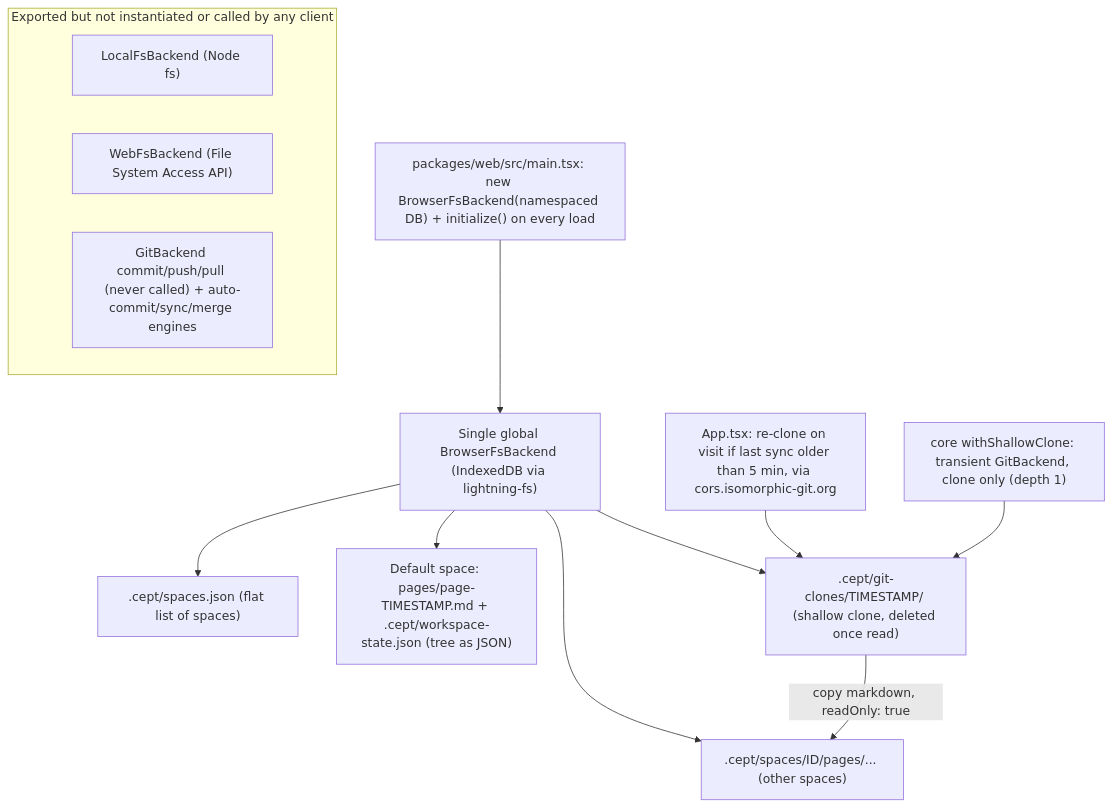
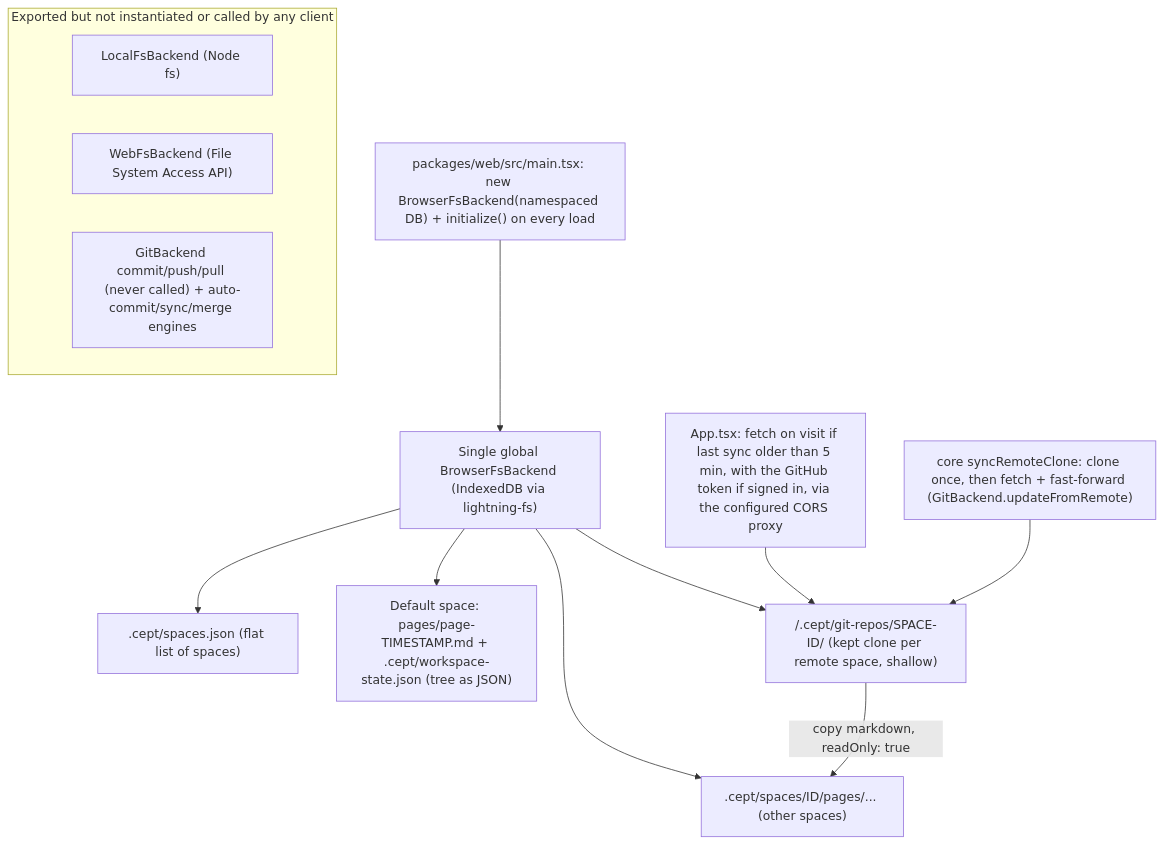
The third of 3 diagrams in docs/specs/requirements/03-spaces-and-storage.md (nsheaps/cept), drawn with Mermaid before and after one commit. The commit also changed other lines of this file and 16 other files, not shown here.

First line of the commit message:
feat(storage): authenticated incremental clone and fetch (#396)

````diff
--- a/docs/specs/requirements/03-spaces-and-storage.md
+++ b/docs/specs/requirements/03-spaces-and-storage.md
@@ -134,18 +134,18 @@
 ```mermaid
 flowchart TB
     MAIN["packages/web/src/main.tsx: new BrowserFsBackend(namespaced DB) + initialize() on every load"]
     MAIN --> ONE["Single global BrowserFsBackend (IndexedDB via lightning-fs)"]
     ONE --> SJ[".cept/spaces.json (flat list of spaces)"]
     ONE --> DEF["Default space: pages/page-TIMESTAMP.md + .cept/workspace-state.json (tree as JSON)"]
     ONE --> OTHER[".cept/spaces/ID/pages/... (other spaces)"]
-    ONE --> CL[".cept/git-clones/TIMESTAMP/ (shallow clone, deleted once read)"]
+    ONE --> CL["/.cept/git-repos/SPACE-ID/ (kept clone per remote space, shallow)"]
     CL -- "copy markdown, readOnly: true" --> OTHER
-    APPX["App.tsx: re-clone on visit if last sync older than 5 min, via cors.isomorphic-git.org"] --> CL
-    GBC["core withShallowClone: transient GitBackend, clone only (depth 1)"] --> CL
+    APPX["App.tsx: fetch on visit if last sync older than 5 min, with the GitHub token if signed in, via the configured CORS proxy"] --> CL
+    GBC["core syncRemoteClone: clone once, then fetch + fast-forward (GitBackend.updateFromRemote)"] --> CL
 
     subgraph Unwired["Exported but not instantiated or called by any client"]
         LFS["LocalFsBackend (Node fs)"]
         WFS["WebFsBackend (File System Access API)"]
         GB["GitBackend commit/push/pull (never called) + auto-commit/sync/merge engines"]
     end
 ```
````
